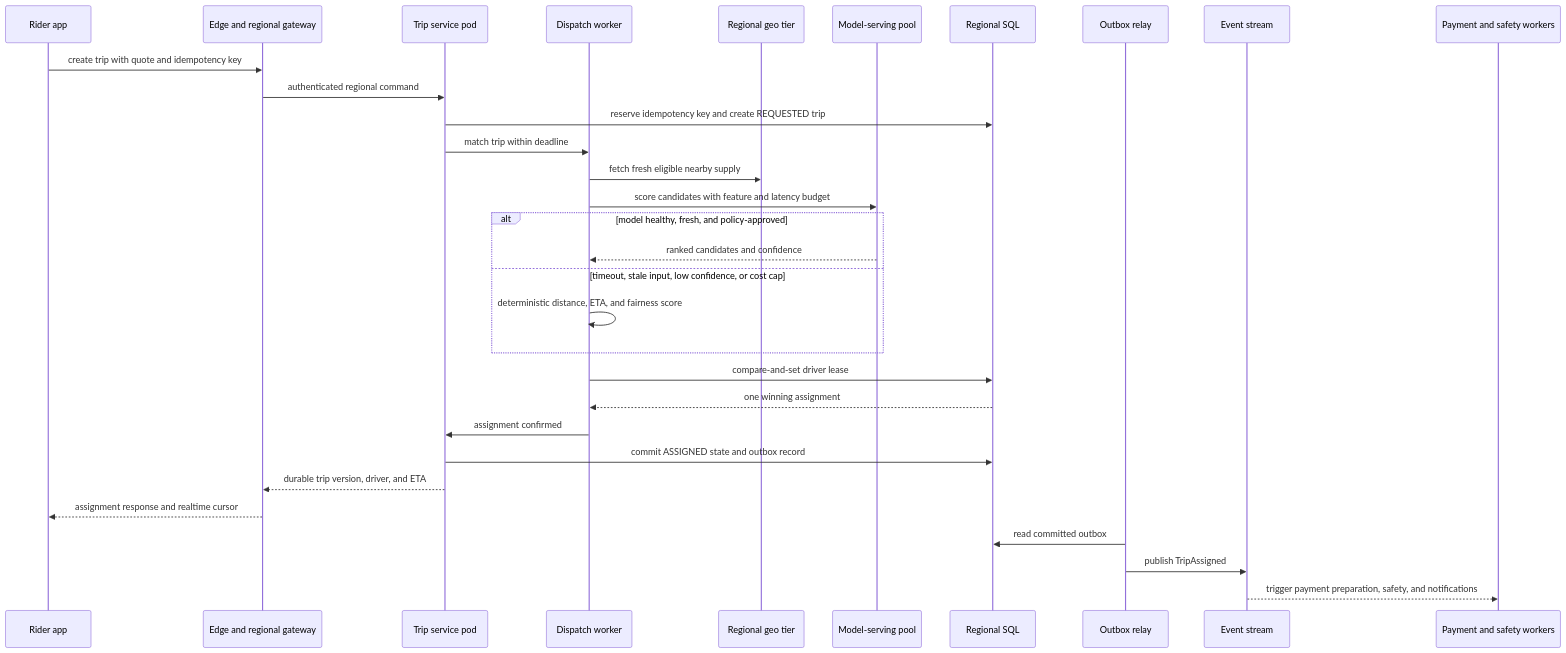
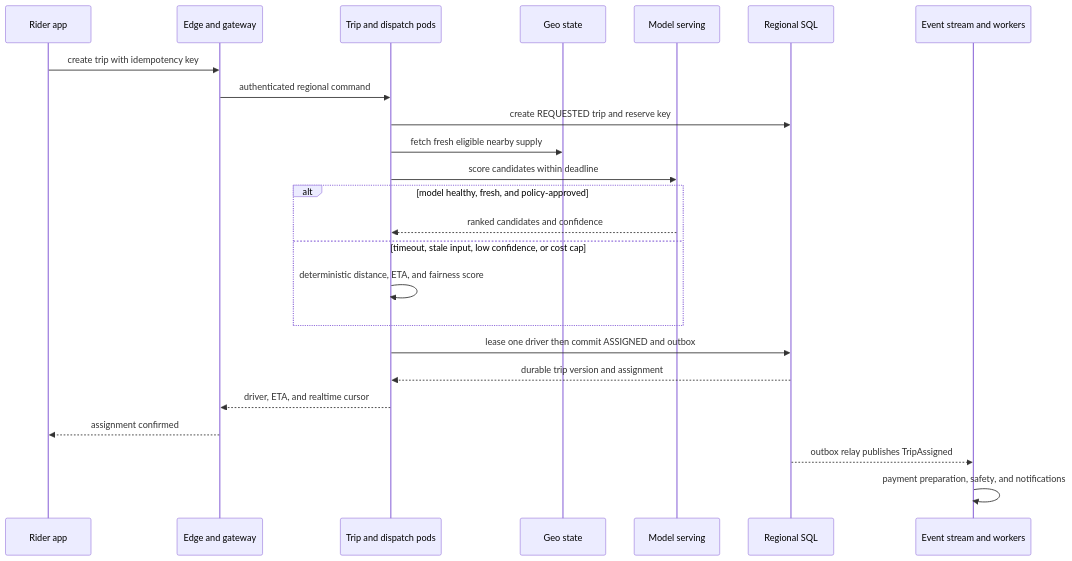
Before and after one commit to navaidya/learning: the first of 2 diagrams in content/system-design-deployments/01-ai-native-mobility-marketplace.md, drawn with Mermaid. The commit also changed other lines of this file and 2 other files, not shown here.

````diff
--- a/content/system-design-deployments/01-ai-native-mobility-marketplace.md
+++ b/content/system-design-deployments/01-ai-native-mobility-marketplace.md
@@ -56,36 +56,29 @@
 ```mermaid
 sequenceDiagram
   accTitle: Mobility trip request across deployed tiers
-  accDescr: A rider request passes through edge and gateway tiers to the trip and dispatch services. Dispatch reads regional geo state and calls the model with a deadline, falls back to deterministic scoring when needed, leases one driver, and commits the trip plus outbox before asynchronous workers run.
+  accDescr: A rider request passes through the gateway to regional trip and dispatch pods. The core reads geo state and calls the model with a deadline, falls back to deterministic scoring when needed, then commits one driver assignment and an outbox record before asynchronous workers run.
   participant App as Rider app
-  participant Edge as Edge and regional gateway
-  participant Trip as Trip service pod
-  participant Dispatch as Dispatch worker
-  participant Geo as Regional geo tier
-  participant Model as Model-serving pool
+  participant Gateway as Edge and gateway
+  participant Core as Trip and dispatch pods
+  participant Geo as Geo state
+  participant AI as Model serving
   participant SQL as Regional SQL
-  participant Relay as Outbox relay
-  participant Stream as Event stream
-  participant Async as Payment and safety workers
+  participant Async as Event stream and workers
 
-  App->>Edge: create trip with quote and idempotency key
-  Edge->>Trip: authenticated regional command
-  Trip->>SQL: reserve idempotency key and create REQUESTED trip
-  Trip->>Dispatch: match trip within deadline
-  Dispatch->>Geo: fetch fresh eligible nearby supply
-  Dispatch->>Model: score candidates with feature and latency budget
+  App->>Gateway: create trip with idempotency key
+  Gateway->>Core: authenticated regional command
+  Core->>SQL: create REQUESTED trip and reserve key
+  Core->>Geo: fetch fresh eligible nearby supply
+  Core->>AI: score candidates within deadline
   alt model healthy, fresh, and policy-approved
-    Model-->>Dispatch: ranked candidates and confidence
+    AI-->>Core: ranked candidates and confidence
   else timeout, stale input, low confidence, or cost cap
-    Dispatch->>Dispatch: deterministic distance, ETA, and fairness score
+    Core->>Core: deterministic distance, ETA, and fairness score
   end
-  Dispatch->>SQL: compare-and-set driver lease
-  SQL-->>Dispatch: one winning assignment
-  Dispatch->>Trip: assignment confirmed
-  Trip->>SQL: commit ASSIGNED state and outbox record
-  Trip-->>Edge: durable trip version, driver, and ETA
-  Edge-->>App: assignment response and realtime cursor
-  Relay->>SQL: read committed outbox
-  Relay->>Stream: publish TripAssigned
-  Stream-->>Async: trigger payment preparation, safety, and notifications
+  Core->>SQL: lease one driver then commit ASSIGNED and outbox
+  SQL-->>Core: durable trip version and assignment
+  Core-->>Gateway: driver, ETA, and realtime cursor
+  Gateway-->>App: assignment confirmed
+  SQL-->>Async: outbox relay publishes TripAssigned
+  Async->>Async: payment preparation, safety, and notifications
 ```
````
